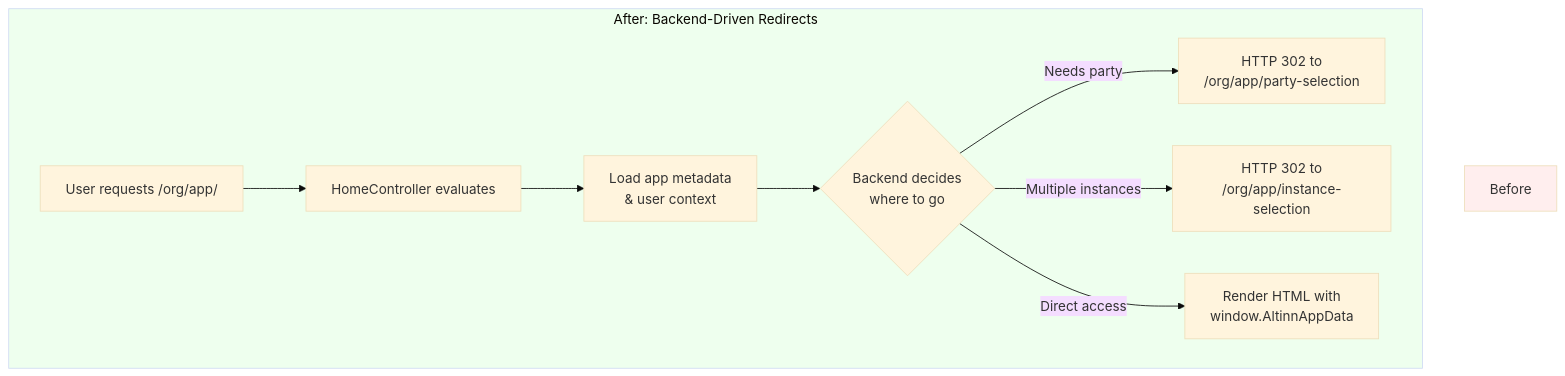
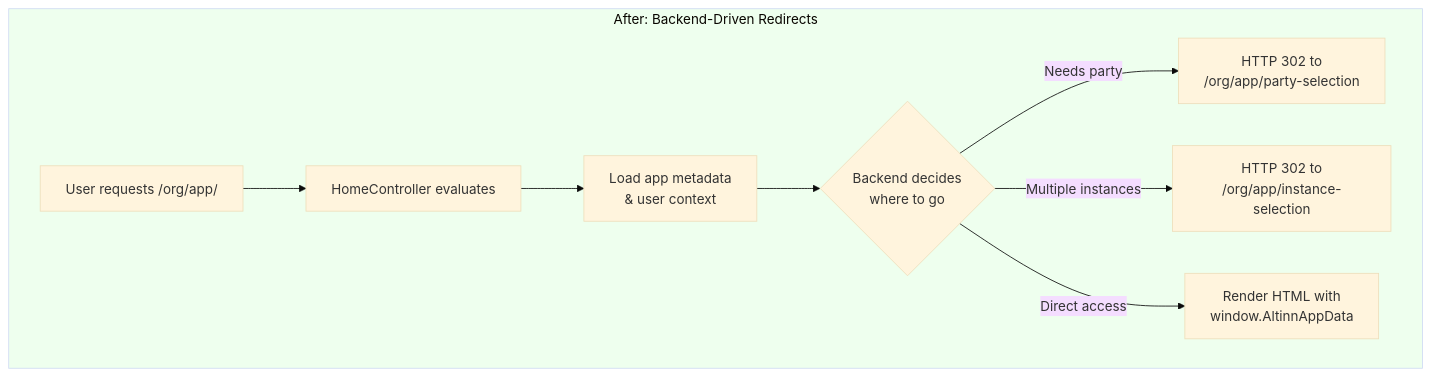
One commit to Altinn/app-frontend-react changed the third of 3 diagrams in adr/002-backend-data-initialization.md. Above: the diagram before and after it, drawn with Mermaid (base theme). The commit also changed other lines of this file, not shown here.

````diff
--- a/adr/002-backend-data-initialization.md
+++ b/adr/002-backend-data-initialization.md
@@ -146,14 +148,13 @@
 ```mermaid
 flowchart TD
 subgraph After["After: Backend-Driven Redirects"]
     A1[User requests /org/app/] --> A2[HomeController evaluates]
     A2 --> A3[Load app metadata<br/>& user context]
     A3 --> A4{Backend decides<br/>where to go}
     A4 -->|Needs party| A5[HTTP 302 to<br/>/org/app/party-selection]
     A4 -->|Multiple instances| A6[HTTP 302 to<br/>/org/app/instance-selection]
     A4 -->|Direct access| A7[Render HTML with<br/>window.AltinnAppData]
 end
 
-style Before fill:#ffeeee
 style After fill:#eeffee
 ```
````
